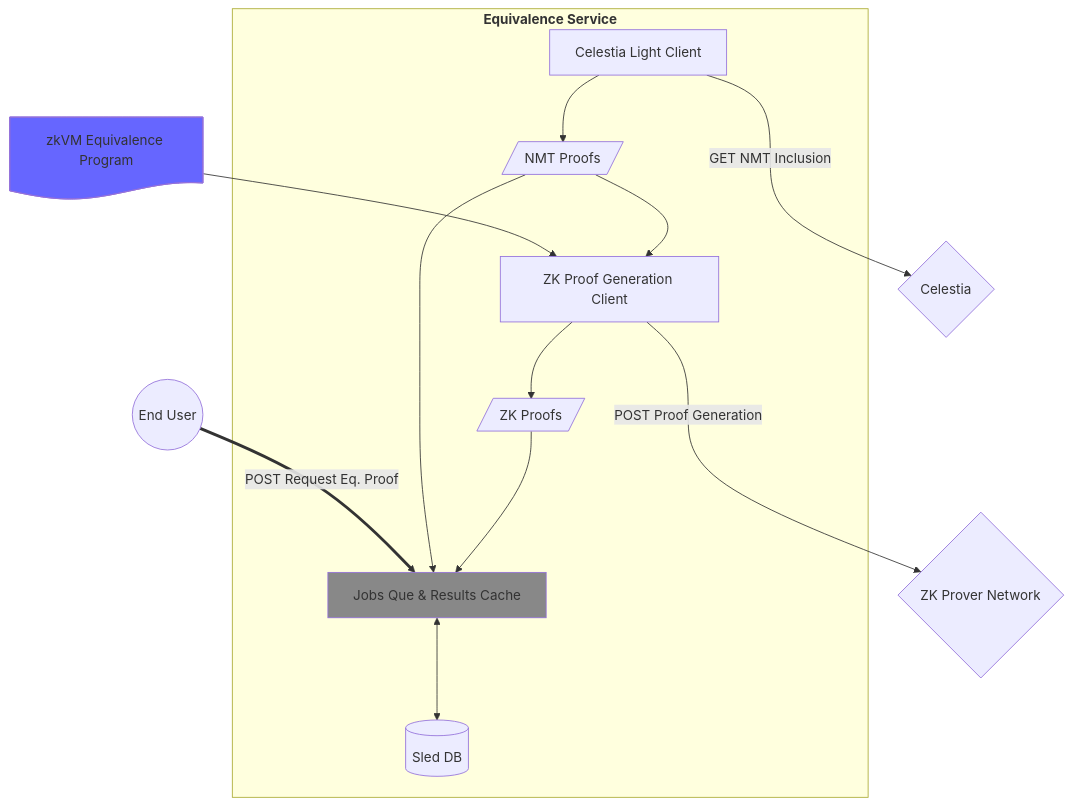
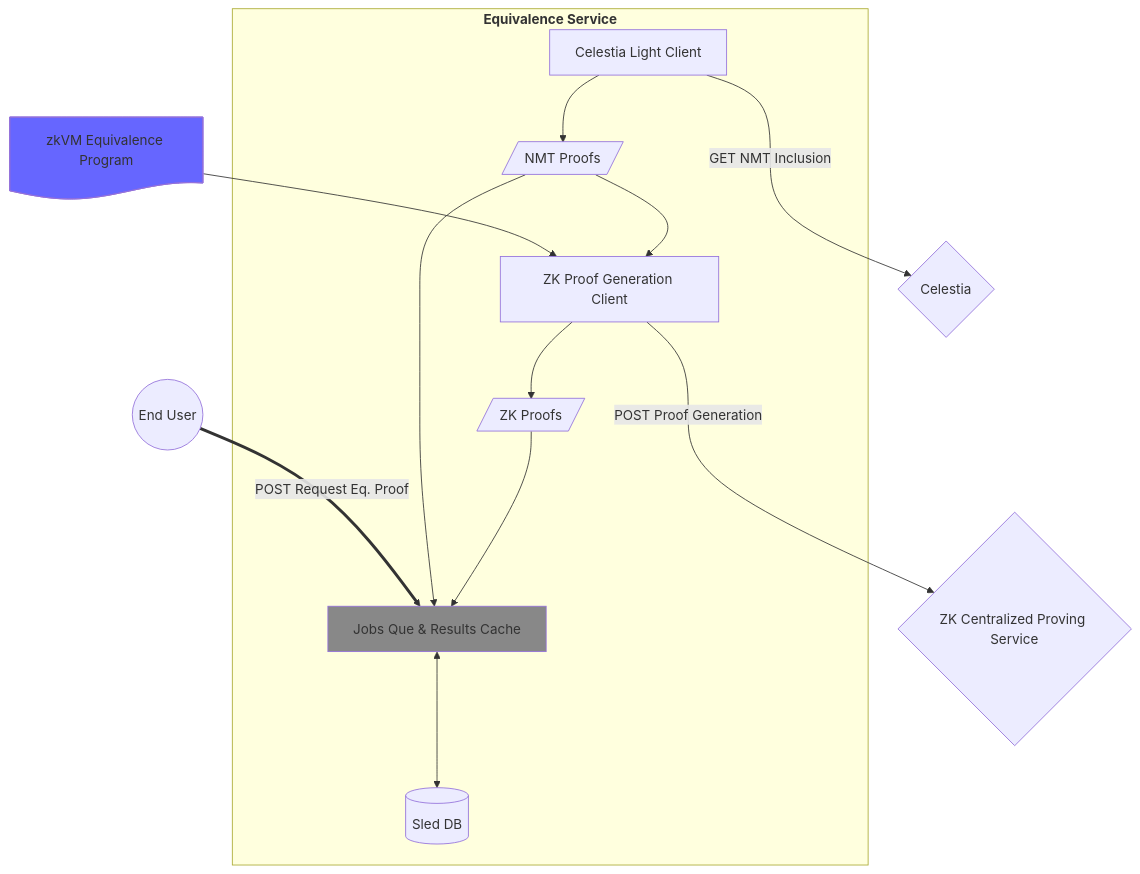
One commit to risc0-labs/eq-service changed the diagram in README.md. Above: the diagram before and after it, drawn with Mermaid. The commit also changed other lines of this file and 1 other file, not shown here.

Commit message:
Fix clarify Bonsai is our centralized prover

````diff
--- a/README.md
+++ b/README.md
@@ -21,20 +21,20 @@
 ```mermaid
 flowchart TB
     user@{ shape: circle, label: "End User" } ==>|POST Request Eq. Proof| jobs
     zkep@{ shape: doc, label: "zkVM Equivalence Program" } --> zkc
     subgraph eq ["`**Equivalence Service**`"]
         nmtp@{ shape: lean-r, label: "NMT Proofs" }
         zkp@{ shape: lean-r, label: "ZK Proofs" }
         lc[Celestia Light Client] --> nmtp --> jobs
         nmtp --> zkc
         zkc[ZK Proof Generation Client] --> zkp --> jobs
         jobs[Jobs Que & Results Cache] <--> sled
         sled[(Sled DB)]
     end
 
     lc --->|GET NMT Inclusion| cel{Celestia}
 
-    zkc --->|POST Proof Generation| pn{ZK Prover Network}
+    zkc --->|POST Proof Generation| pn{ZK Centralized Proving Service}
     style zkep fill:#66f
     style jobs fill:#888
 ```
````
